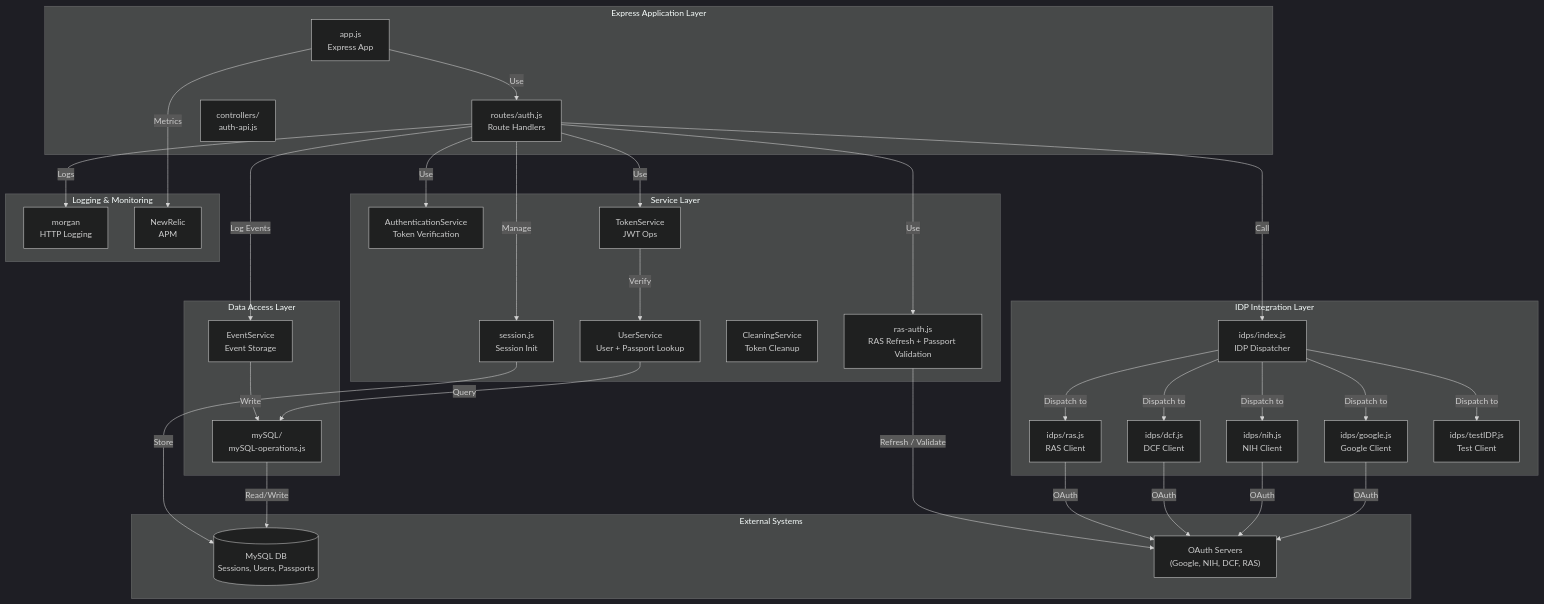
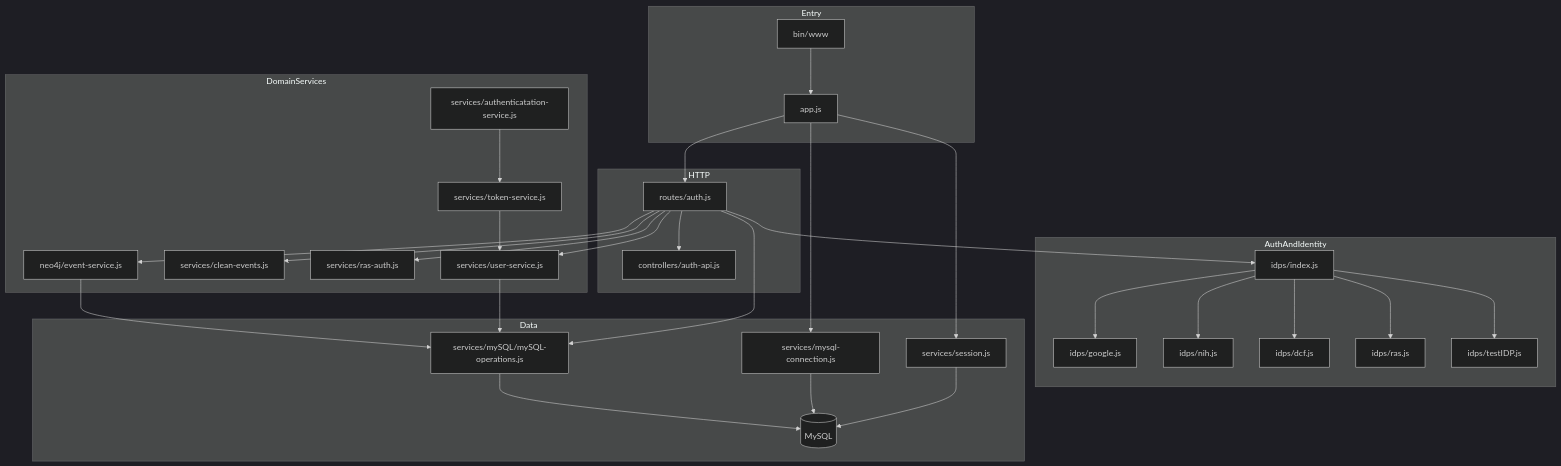
The diagram in docs/architecture/components.md (CBIIT/crdc-ctdc-authn), drawn with Mermaid (dark theme) before and after one commit. The commit also changed other lines of this file and 6 other files, not shown here.

First line of the commit message:
docs: refresh bootstrap architecture docs

````diff
--- a/docs/architecture/components.md
+++ b/docs/architecture/components.md
@@ -5,73 +5,56 @@
 ```mermaid
 graph TB
-    subgraph "Express Application Layer"
-        App["app.js<br/>Express App"]
-        Routes["routes/auth.js<br/>Route Handlers"]
-        Controllers["controllers/<br/>auth-api.js"]
+    subgraph Entry
+        WWW["bin/www"]
+        APP["app.js"]
     end
-    
-    subgraph "IDP Integration Layer"
-        IDPIndex["idps/index.js<br/>IDP Dispatcher"]
-        GoogleIDP["idps/google.js<br/>Google Client"]
-        NihIDP["idps/nih.js<br/>NIH Client"]
-        DcfIDP["idps/dcf.js<br/>DCF Client"]
-        RasIDP["idps/ras.js<br/>RAS Client"]
-        TestIDP["idps/testIDP.js<br/>Test Client"]
+
+    subgraph HTTP
+        ROUTER["routes/auth.js"]
+        CTRL["controllers/auth-api.js"]
     end
-    
-    subgraph "Service Layer"
-        AuthService["AuthenticationService<br/>Token Verification"]
-        TokenService["TokenService<br/>JWT Ops"]
-        UserService["UserService<br/>User + Passport Lookup"]
-        SessionService["session.js<br/>Session Init"]
-        CleanService["CleaningService<br/>Token Cleanup"]
-        RasAuth["ras-auth.js<br/>RAS Refresh + Passport Validation"]
+
+    subgraph AuthAndIdentity
+        IDP["idps/index.js"]
+        G["idps/google.js"]
+        N["idps/nih.js"]
+        D["idps/dcf.js"]
+        R["idps/ras.js"]
+        T["idps/testIDP.js"]
     end
-    
-    subgraph "Data Access Layer"
-        EventService["EventService<br/>Event Storage"]
-        MySQLOps["mySQL/<br/>mySQL-operations.js"]
+
+    subgraph DomainServices
+        USER["services/user-service.js"]
+        TOK["services/token-service.js"]
+        AUTHN["services/authenticatation-service.js"]
+        CLEAN["services/clean-events.js"]
+        RASAUTH["services/ras-auth.js"]
+        EVT["neo4j/event-service.js"]
     end
-    
-    subgraph "External Systems"
-        MySQLDB[(MySQL DB<br/>Sessions, Users, Passports)]
-        IDPServers["OAuth Servers<br/>(Google, NIH, DCF, RAS)"]
+
+    subgraph Data
+        SESS["services/session.js"]
+        SQL["services/mySQL/mySQL-operations.js"]
+        TTL["services/mysql-connection.js"]
+        DB[("MySQL")]
     end
-    
-    subgraph "Logging & Monitoring"
-        Morgan["morgan<br/>HTTP Logging"]
-        NewRelic["NewRelic<br/>APM"]
-    end
-    
-    App -->|Use| Routes
-    Routes -->|Call| IDPIndex
-    Routes -->|Use| AuthService
-    Routes -->|Use| TokenService
-    Routes -->|Log Events| EventService
-    Routes -->|Manage| SessionService
-    
-    IDPIndex -->|Dispatch to| GoogleIDP
-    IDPIndex -->|Dispatch to| NihIDP
-    IDPIndex -->|Dispatch to| DcfIDP
-    IDPIndex -->|Dispatch to| RasIDP
-    IDPIndex -->|Dispatch to| TestIDP
-    
-    GoogleIDP -->|OAuth| IDPServers
-    NihIDP -->|OAuth| IDPServers
-    DcfIDP -->|OAuth| IDPServers
-    RasIDP -->|OAuth| IDPServers
-    
-    TokenService -->|Verify| UserService
-    UserService -->|Query| MySQLOps
-    Routes -->|Use| RasAuth
-    RasAuth -->|Refresh / Validate| IDPServers
-    
-    EventService -->|Write| MySQLOps
-    
-    MySQLOps -->|Read/Write| MySQLDB
-    
-    SessionService -->|Store| MySQLDB
-    
-    App -->|Metrics| NewRelic
-    Routes -->|Logs| Morgan
+
+    WWW --> APP --> ROUTER
+    APP --> SESS --> DB
+    APP --> TTL --> DB
+    ROUTER --> IDP
+    ROUTER --> CTRL
+    ROUTER --> USER
+    ROUTER --> CLEAN
+    ROUTER --> EVT
+    ROUTER --> RASAUTH
+    ROUTER --> SQL
+    AUTHN --> TOK --> USER
+    USER --> SQL --> DB
+    EVT --> SQL
+    IDP --> G
+    IDP --> N
+    IDP --> D
+    IDP --> R
+    IDP --> T
 ```
````
